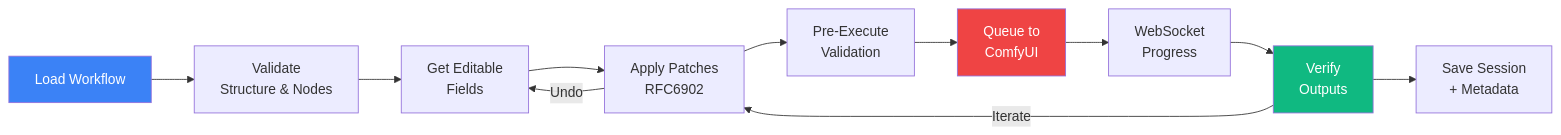
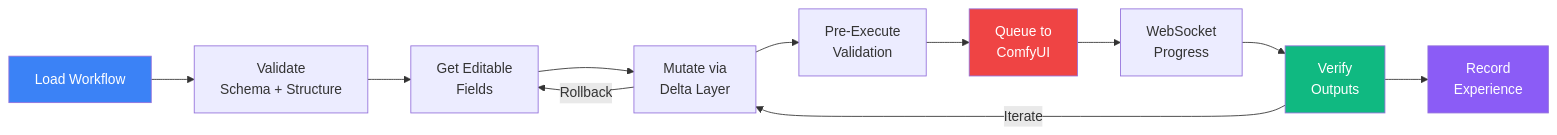
One commit to JosephOIbrahim/Comfy-Cozy changed the seventh of 9 diagrams in README.md. Above: the diagram before and after it, drawn with Mermaid. The commit also changed other lines of this file, not shown here.

First line of the commit message:
Update README — cognitive architecture, Mermaid diagrams, 2350+ tests

````diff
--- a/README.md
+++ b/README.md
@@ -209,18 +366,19 @@
 ```mermaid
 flowchart LR
-    Load[Load Workflow] --> Validate[Validate<br/>Structure & Nodes]
+    Load[Load Workflow] --> Validate[Validate<br/>Schema + Structure]
     Validate --> Fields[Get Editable<br/>Fields]
-    Fields --> Patch[Apply Patches<br/>RFC6902]
-    Patch --> PreExec[Pre-Execute<br/>Validation]
+    Fields --> Mutate[Mutate via<br/>Delta Layer]
+    Mutate --> PreExec[Pre-Execute<br/>Validation]
     PreExec --> Execute[Queue to<br/>ComfyUI]
     Execute --> Monitor[WebSocket<br/>Progress]
     Monitor --> Verify[Verify<br/>Outputs]
-    Verify --> Save[Save Session<br/>+ Metadata]
+    Verify --> Learn[Record<br/>Experience]
 
-    Patch -->|Undo| Fields
-    Verify -->|Iterate| Patch
+    Mutate -->|Rollback| Fields
+    Verify -->|Iterate| Mutate
 
     style Load fill:#3b82f6,color:#fff
     style Execute fill:#ef4444,color:#fff
     style Verify fill:#10b981,color:#fff
+    style Learn fill:#8b5cf6,color:#fff
 ```
````
